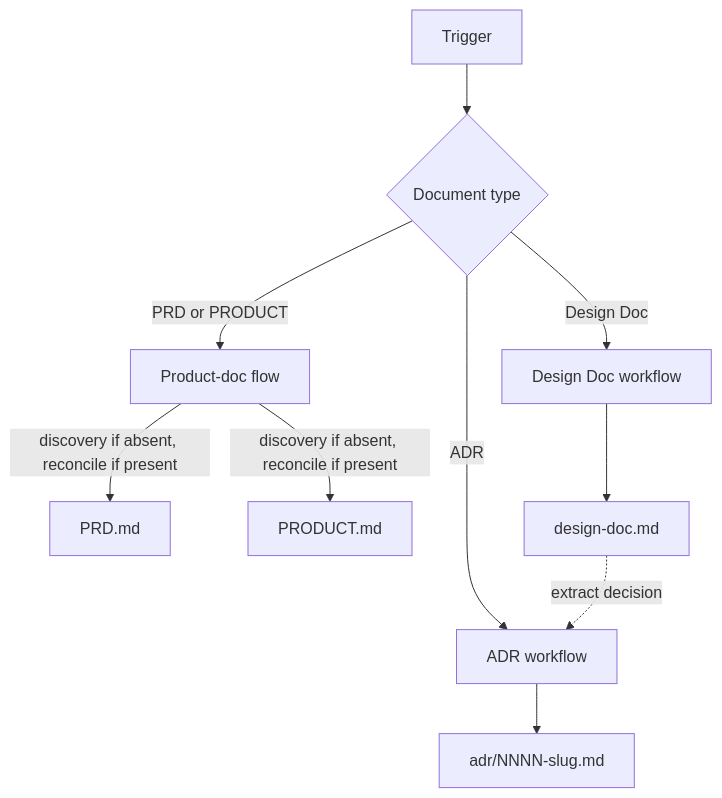
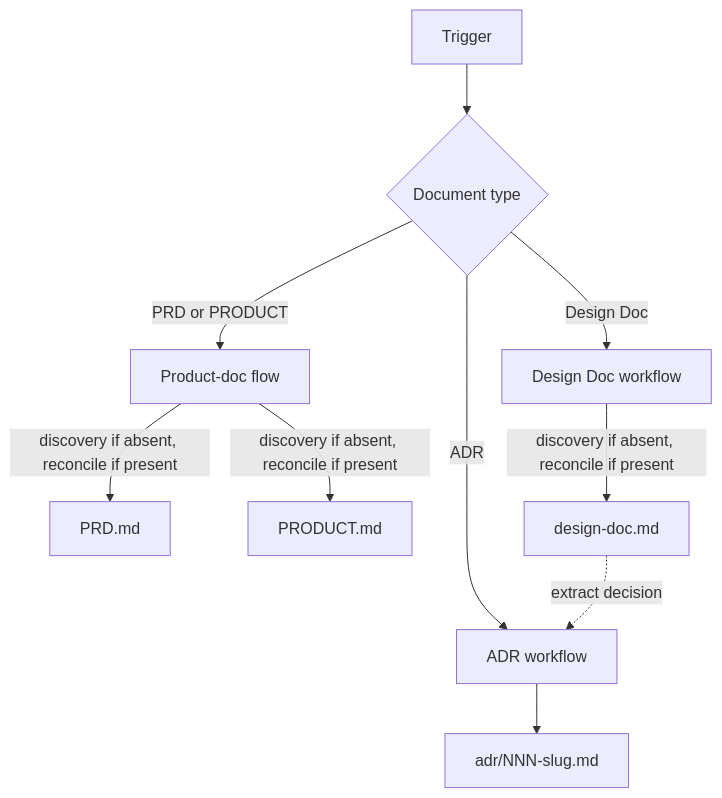
The diagram in skills/product/docs-writer/README.md (adeonir/agent-skills), drawn with Mermaid before and after one commit. The commit also changed other lines of this file and 9 other files, not shown here.

First line of the commit message:
refactor(docs-writer): resolve discovery vs reconcile by file existence

````diff
--- a/skills/product/docs-writer/README.md
+++ b/skills/product/docs-writer/README.md
@@ -10,12 +10,12 @@
 ```mermaid
 flowchart TD
     T[Trigger] --> R{Document type}
     R -->|PRD or PRODUCT| PD[Product-doc flow]
     R -->|Design Doc| DD[Design Doc workflow]
     R -->|ADR| ADR[ADR workflow]
     PD -->|discovery if absent, reconcile if present| P[PRD.md]
     PD -->|discovery if absent, reconcile if present| PM[PRODUCT.md]
-    DD --> D[design-doc.md]
-    ADR --> A[adr/NNNN-slug.md]
+    DD -->|discovery if absent, reconcile if present| D[design-doc.md]
+    ADR --> A[adr/NNN-slug.md]
     D -.->|extract decision| ADR
 ```
````
